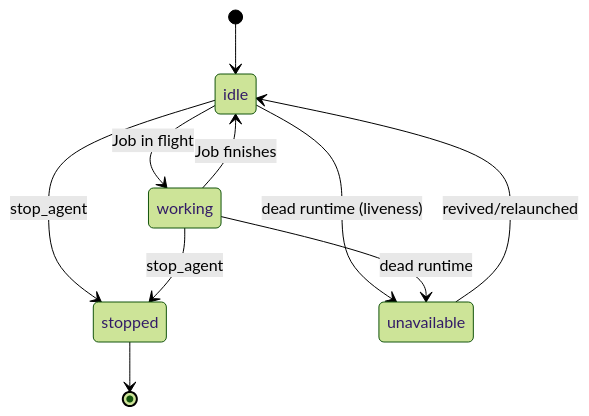
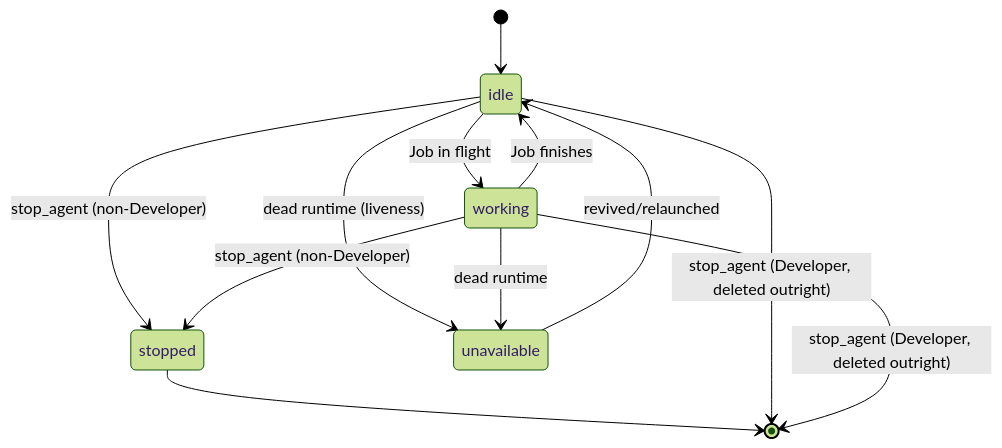
One commit to Yokosillo/atlas-forge changed the diagram in docs/agents.md. Above: the diagram before and after it, drawn with Mermaid (forest theme). The commit also changed other lines of this file and 19 other files, not shown here.

````diff
--- a/docs/agents.md
+++ b/docs/agents.md
@@ -34,12 +34,14 @@
 ```mermaid
 stateDiagram-v2
     [*] --> idle
     idle --> working: Job in flight
-    idle --> stopped: stop_agent
+    idle --> stopped: stop_agent (non-Developer)
     idle --> unavailable: dead runtime (liveness)
     working --> idle: Job finishes
-    working --> stopped: stop_agent
+    working --> stopped: stop_agent (non-Developer)
     working --> unavailable: dead runtime
     unavailable --> idle: revived/relaunched
     stopped --> [*]
+    idle --> [*]: stop_agent (Developer, deleted outright)
+    working --> [*]: stop_agent (Developer, deleted outright)
 ```
````
